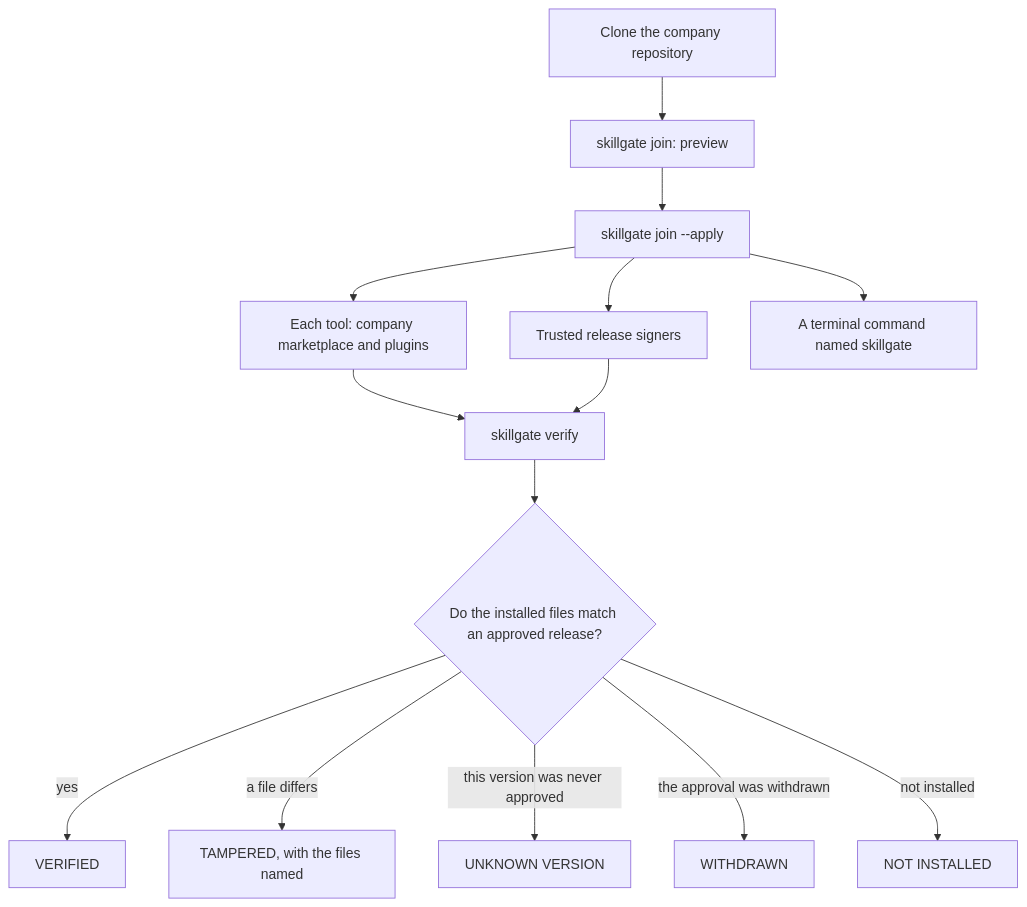
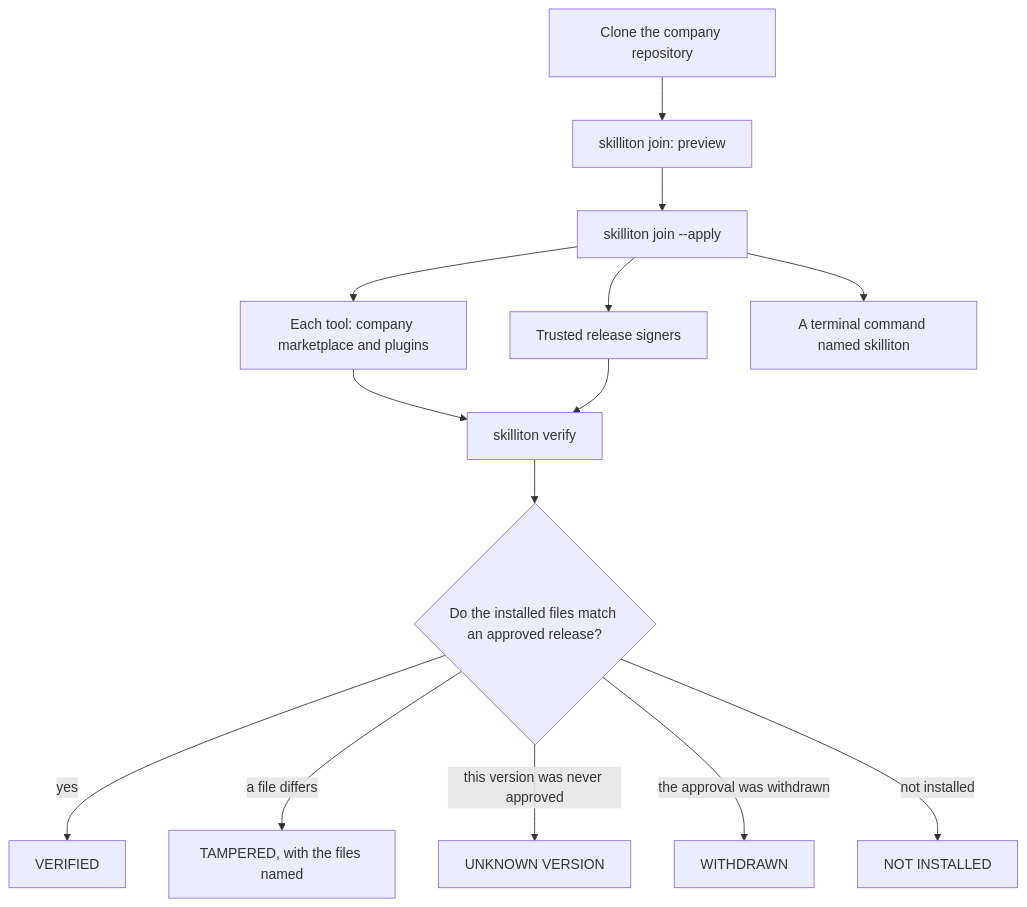
Before and after one commit to MojoAI-King/Skilliton: the third of 5 diagrams in docs/HOW-IT-WORKS.md, drawn with Mermaid. The commit also changed other lines of this file and 146 other files, not shown here.

````diff
--- a/docs/HOW-IT-WORKS.md
+++ b/docs/HOW-IT-WORKS.md
@@ -133,16 +133,16 @@
 ```mermaid
 flowchart TD
-  C["Clone the company repository"] --> J["skillgate join: preview"]
-  J --> A["skillgate join --apply"]
+  C["Clone the company repository"] --> J["skilliton join: preview"]
+  J --> A["skilliton join --apply"]
   A --> M["Each tool: company marketplace and plugins"]
   A --> S["Trusted release signers"]
-  A --> L["A terminal command named skillgate"]
-  M --> V["skillgate verify"]
+  A --> L["A terminal command named skilliton"]
+  M --> V["skilliton verify"]
   S --> V
   V --> Q{"Do the installed files match an approved release?"}
   Q -- "yes" --> OK["VERIFIED"]
   Q -- "a file differs" --> T["TAMPERED, with the files named"]
   Q -- "this version was never approved" --> UV["UNKNOWN VERSION"]
   Q -- "the approval was withdrawn" --> W["WITHDRAWN"]
   Q -- "not installed" --> N["NOT INSTALLED"]
 ```
````
